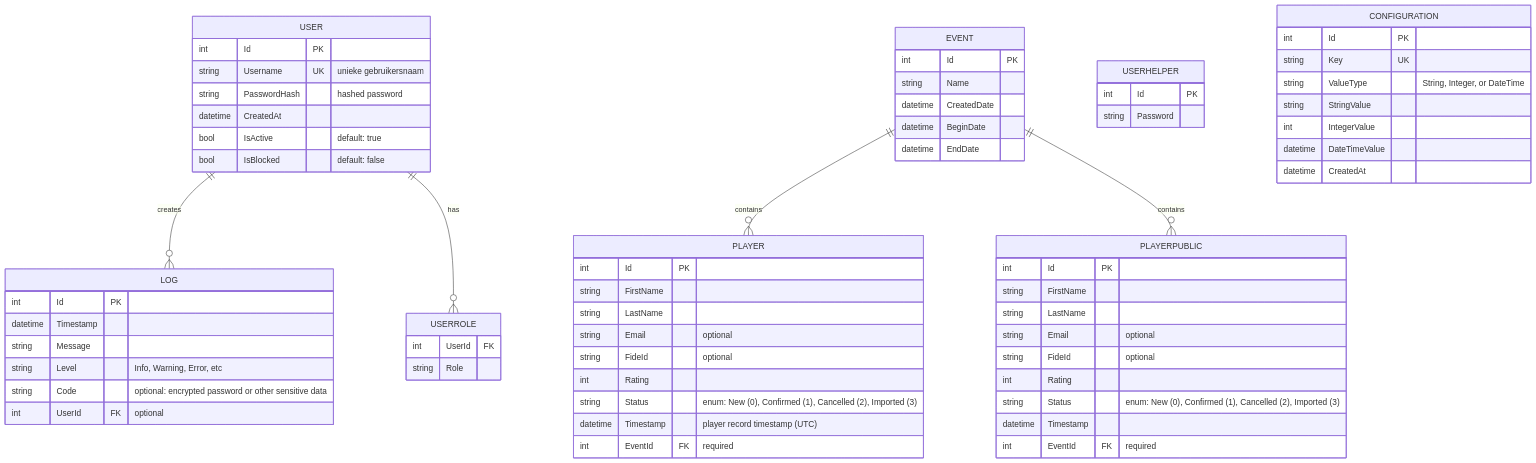
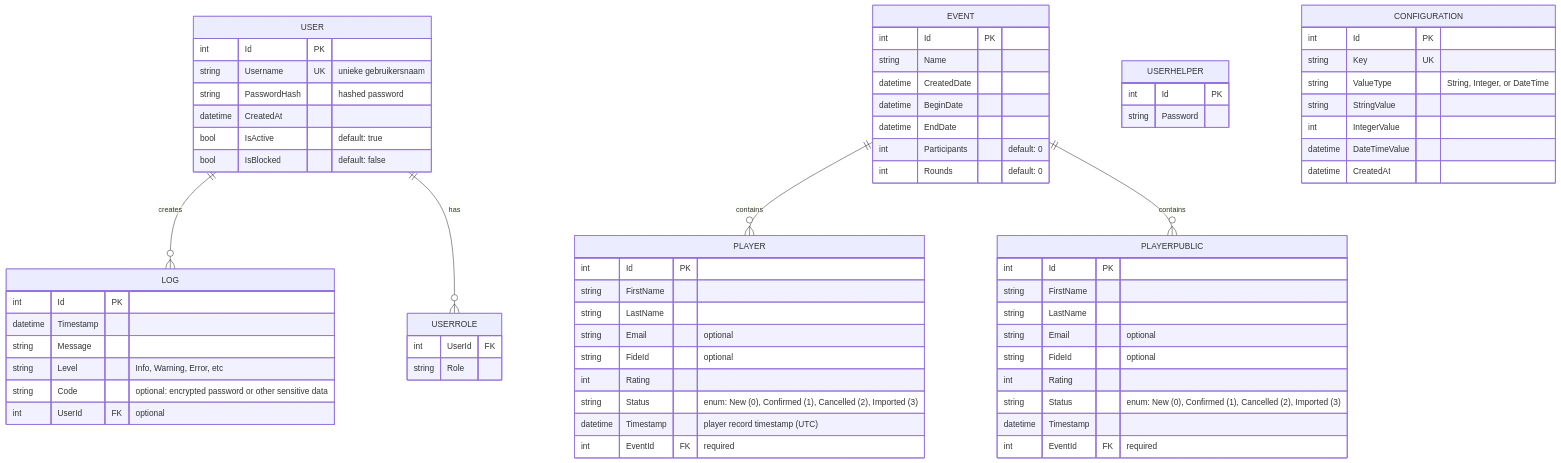
The diagram in metalimes/metalimes/Documentation/ReadMe.md (Odusseus/Tools), drawn with Mermaid before and after one commit. The commit also changed other lines of this file and 16 other files, not shown here.

````diff
--- a/metalimes/metalimes/Documentation/ReadMe.md
+++ b/metalimes/metalimes/Documentation/ReadMe.md
@@ -60,77 +61,79 @@
 ```mermaid
 erDiagram
     USER ||--o{ LOG : creates
     EVENT ||--o{ PLAYER : contains
     EVENT ||--o{ PLAYERPUBLIC : contains
     USER ||--o{ USERROLE : has
 
     USER {
         int Id PK
         string Username UK "unieke gebruikersnaam"
         string PasswordHash "hashed password"
         datetime CreatedAt
         bool IsActive "default: true"
         bool IsBlocked "default: false"
     }
 
     USERROLE {
         int UserId FK
         string Role
     }
 
     USERHELPER {
         int Id PK
         string Password
     }
 
     CONFIGURATION {
         int Id PK
         string Key UK
         string ValueType "String, Integer, or DateTime"
         string StringValue
         int IntegerValue
         datetime DateTimeValue
         datetime CreatedAt
     }
 
     LOG {
         int Id PK
         datetime Timestamp
         string Message
         string Level "Info, Warning, Error, etc"
         string Code "optional: encrypted password or other sensitive data"
         int UserId FK "optional"
     }
 
     EVENT {
         int Id PK
         string Name
         datetime CreatedDate
         datetime BeginDate
         datetime EndDate
+        int Participants "default: 0"
+        int Rounds "default: 0"
     }
 
     PLAYER {
         int Id PK
         string FirstName
         string LastName
         string Email "optional"
         string FideId "optional"
         int Rating
         string Status "enum: New (0), Confirmed (1), Cancelled (2), Imported (3)"
         datetime Timestamp "player record timestamp (UTC)"
         int EventId FK "required"
     }
 
     PLAYERPUBLIC {
         int Id PK
         string FirstName
         string LastName
         string Email "optional"
         string FideId "optional"
         int Rating
         string Status "enum: New (0), Confirmed (1), Cancelled (2), Imported (3)"
         datetime Timestamp
         int EventId FK "required"
     }
 ```
````
